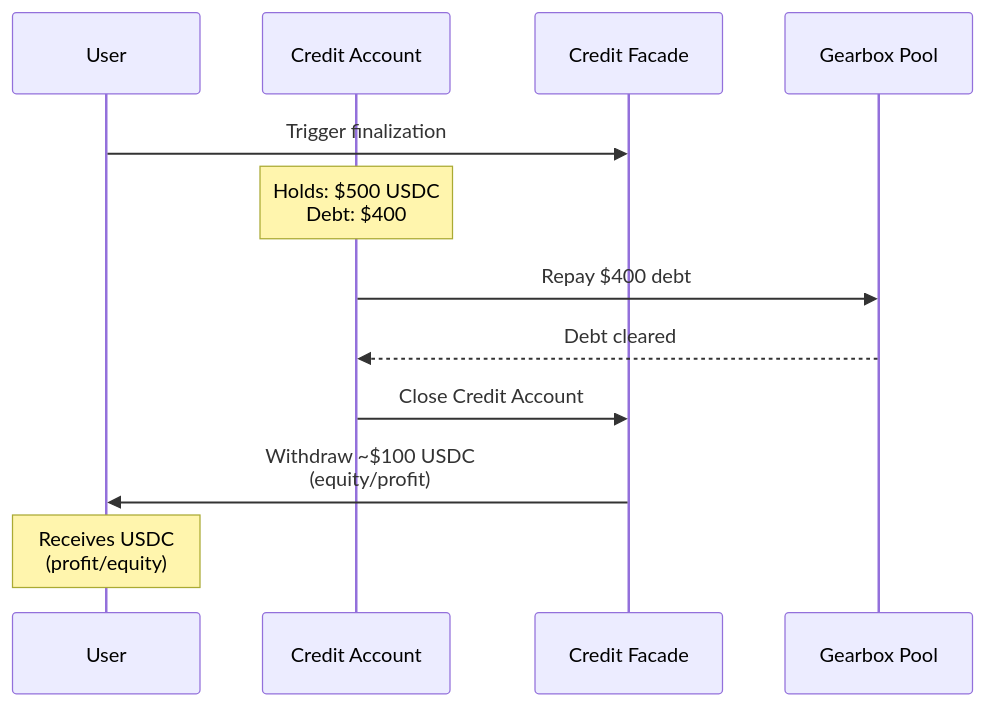
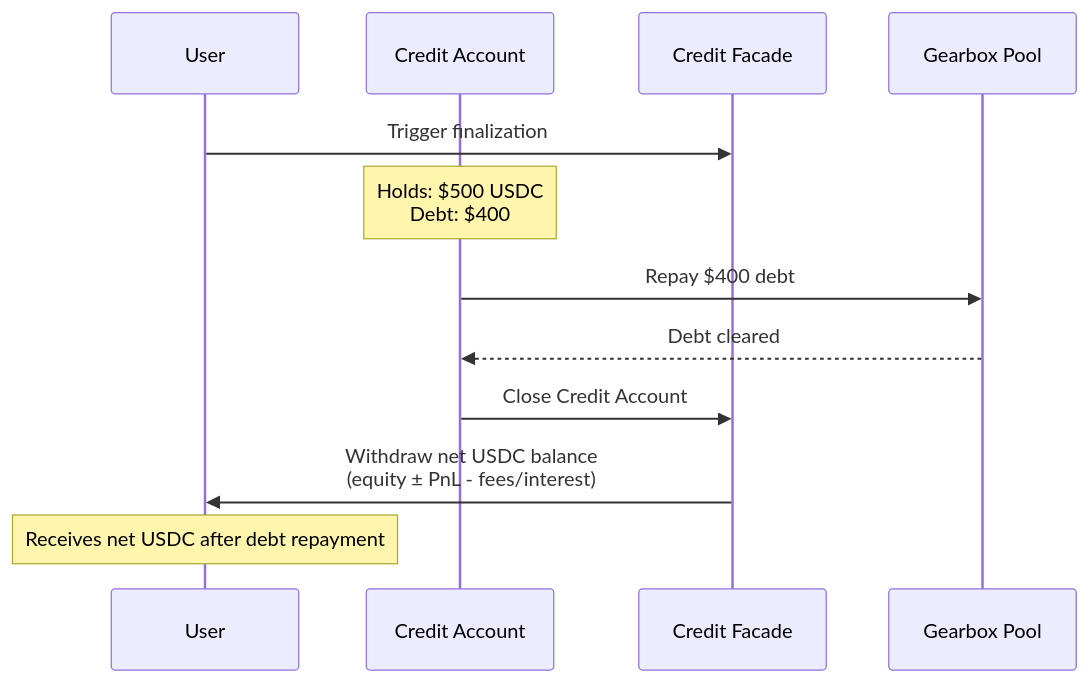
The ninth of 10 diagrams in reference/prime-brokerage-for-rwa-leverage.md (Gearbox-protocol/docs-knowledge), drawn with Mermaid before and after one commit. The commit also changed other lines of this file, not shown here.

````diff
--- a/reference/prime-brokerage-for-rwa-leverage.md
+++ b/reference/prime-brokerage-for-rwa-leverage.md
@@ -329,15 +335,15 @@
 ```mermaid
 sequenceDiagram
     participant U as User
     participant CA as Credit Account
     participant CF as Credit Facade
     participant GP as Gearbox Pool
     
     U->>CF: Trigger finalization
     Note over CA: Holds: $500 USDC<br/>Debt: $400
     CA->>GP: Repay $400 debt
     GP-->>CA: Debt cleared
     CA->>CF: Close Credit Account
-    CF->>U: Withdraw ~$100 USDC<br/>(equity/profit)
-    Note over U: Receives USDC<br/>(profit/equity)
+    CF->>U: Withdraw net USDC balance<br/>(equity ± PnL - fees/interest)
+    Note over U: Receives net USDC after debt repayment
 ```
````
